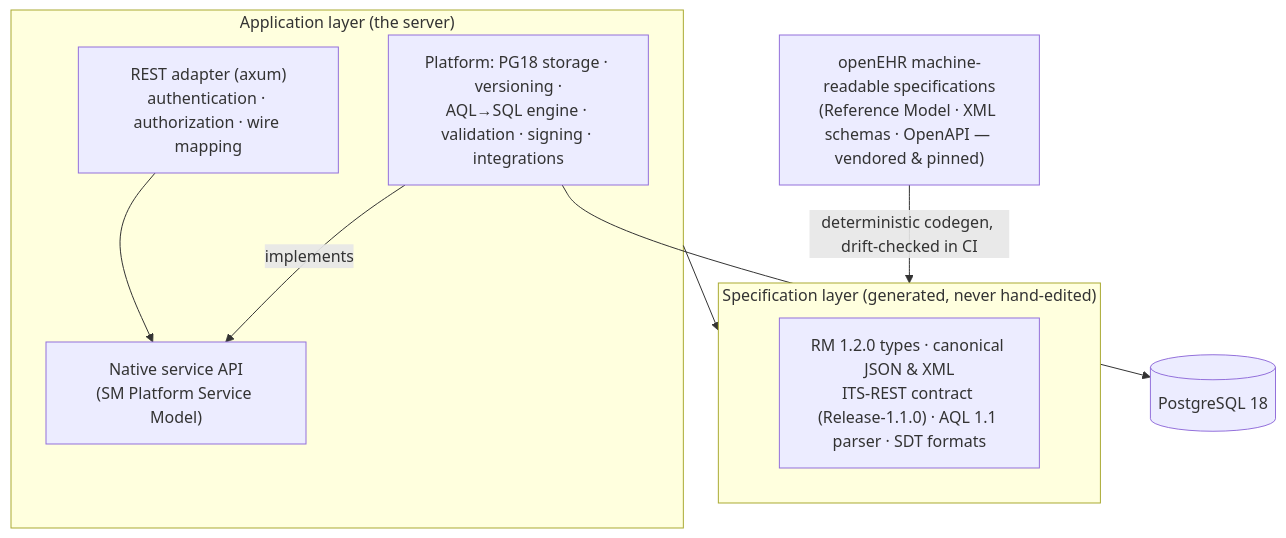
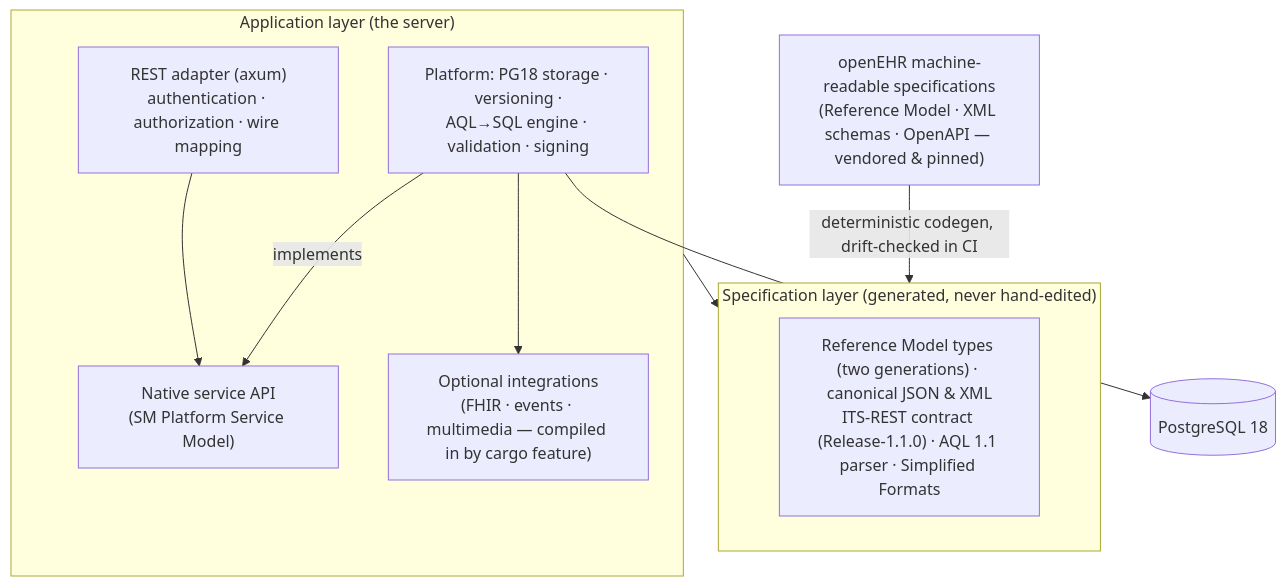
Before and after one commit to rubentalstra/FerroEHR: the diagram in website/book/src/concepts/architecture.md, drawn with Mermaid. The commit also changed other lines of this file and 25 other files, not shown here.

````diff
--- a/website/book/src/concepts/architecture.md
+++ b/website/book/src/concepts/architecture.md
@@ -12,22 +12,24 @@
 ```mermaid
 flowchart TB
     specs["openEHR machine-readable specifications<br/>(Reference Model · XML schemas · OpenAPI — vendored &amp; pinned)"]
 
     subgraph gen ["Specification layer (generated, never hand-edited)"]
-        types["RM 1.2.0 types · canonical JSON &amp; XML<br/>ITS-REST contract (Release-1.1.0) · AQL 1.1 parser · SDT formats"]
+        types["Reference Model types (two generations) · canonical JSON &amp; XML<br/>ITS-REST contract (Release-1.1.0) · AQL 1.1 parser · Simplified Formats"]
     end
 
     subgraph app ["Application layer (the server)"]
         rest["REST adapter (axum)<br/>authentication · authorization · wire mapping"]
         sm["Native service API<br/>(SM Platform Service Model)"]
-        core["Platform: PG18 storage · versioning ·<br/>AQL→SQL engine · validation · signing · integrations"]
+        core["Platform: PG18 storage · versioning ·<br/>AQL→SQL engine · validation · signing"]
+        ext["Optional integrations<br/>(FHIR · events · multimedia — compiled in by cargo feature)"]
     end
 
     db[("PostgreSQL 18")]
 
     specs -->|deterministic codegen, drift-checked in CI| gen
     rest --> sm
     core -->|implements| sm
+    core --> ext
     app --> gen
     core --> db
 ```
````
